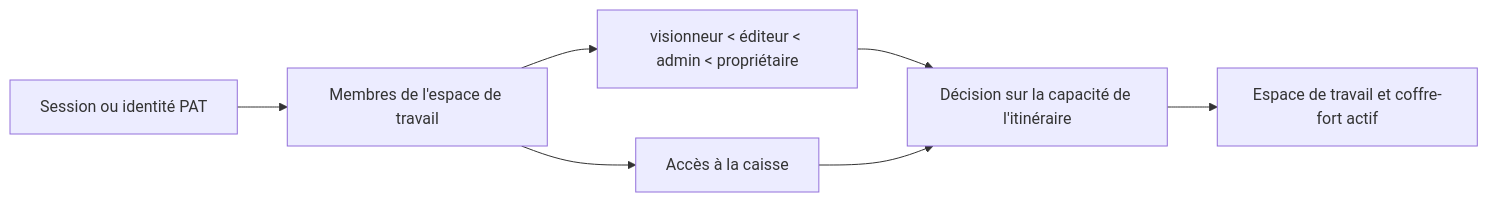
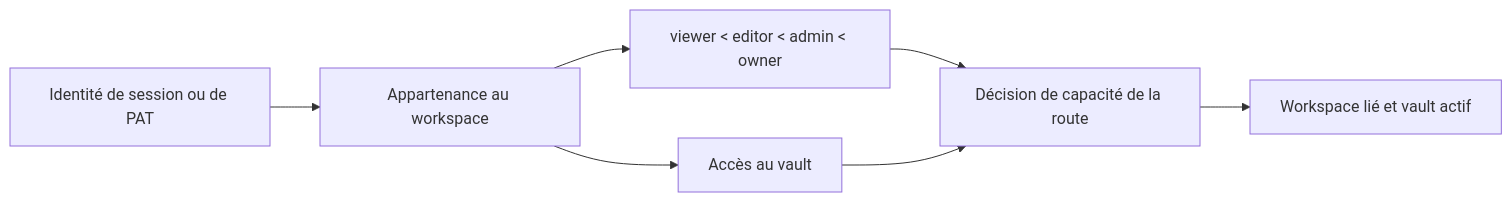
Before and after one commit to ismigar/Gnosi: the diagram in docs/engineering-fr/domains/auth-workspaces-sharing.md, drawn with Mermaid. The commit also changed other lines of this file and 96 other files, not shown here.

````diff
--- a/docs/engineering-fr/domains/auth-workspaces-sharing.md
+++ b/docs/engineering-fr/domains/auth-workspaces-sharing.md
@@ -56,9 +98,9 @@
 ```mermaid
 flowchart LR
-    Identity["Session ou identité PAT"] --> Member["Membres de l'espace de travail"]
-    Member --> Role["visionneur < éditeur < admin < propriétaire"]
-    Member --> Access["Accès à la caisse"]
-    Role --> Decision["Décision sur la capacité de l'itinéraire"]
+    Identity["Identité de session ou de PAT"] --> Member["Appartenance au workspace"]
+    Member --> Role["viewer < editor < admin < owner"]
+    Member --> Access["Accès au vault"]
+    Role --> Decision["Décision de capacité de la route"]
     Access --> Decision
-    Decision --> Context["Espace de travail et coffre-fort actif"]
+    Decision --> Context["Workspace lié et vault actif"]
 ```
````
